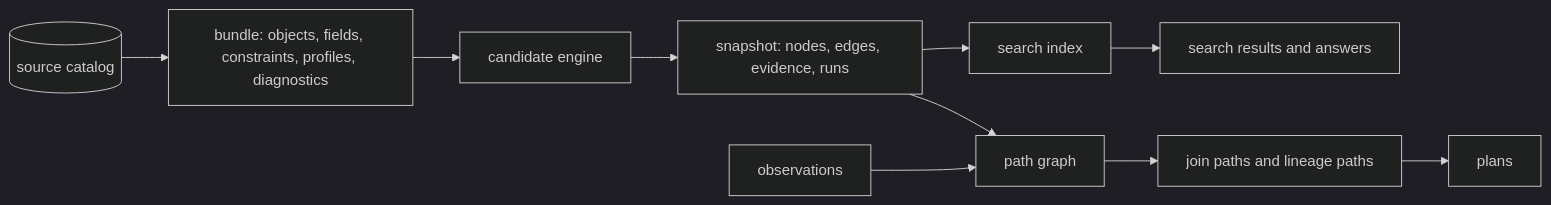
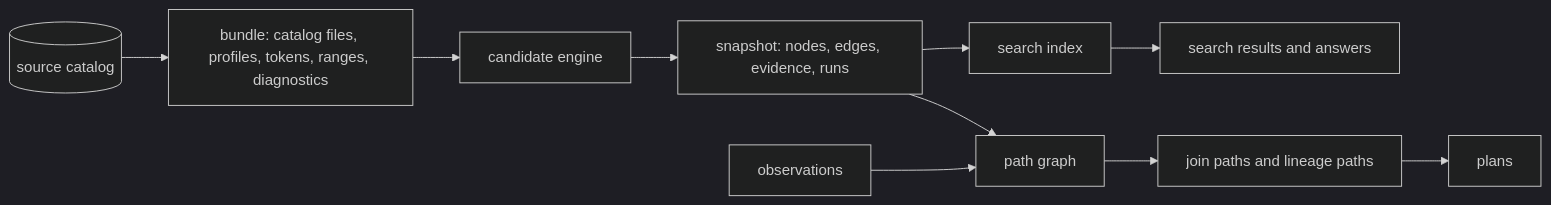
The third of 5 diagrams in ARCHITECTURE.md (bayern4teams/db-catalogue), drawn with Mermaid (dark theme) before and after one commit. The commit also changed other lines of this file, not shown here.

First line of the commit message:
Architecture: re-verify against 6e43d33, add opt-in features, evidence tier, value ranges, later run

````diff
--- a/ARCHITECTURE.md
+++ b/ARCHITECTURE.md
@@ -76,12 +76,12 @@
 ```mermaid
 flowchart LR
-  S[(source catalog)] --> BUN["bundle: objects, fields, constraints, profiles, diagnostics"]
+  S[(source catalog)] --> BUN["bundle: catalog files, profiles, tokens, ranges, diagnostics"]
   BUN --> CAND[candidate engine]
   CAND --> SNAP["snapshot: nodes, edges, evidence, runs"]
   SNAP --> IDX[search index]
   SNAP --> GRF[path graph]
   OBS[observations] --> GRF
   GRF --> PATH[join paths and lineage paths]
   PATH --> PLAN[plans]
   IDX --> ANS[search results and answers]
 ```
````
